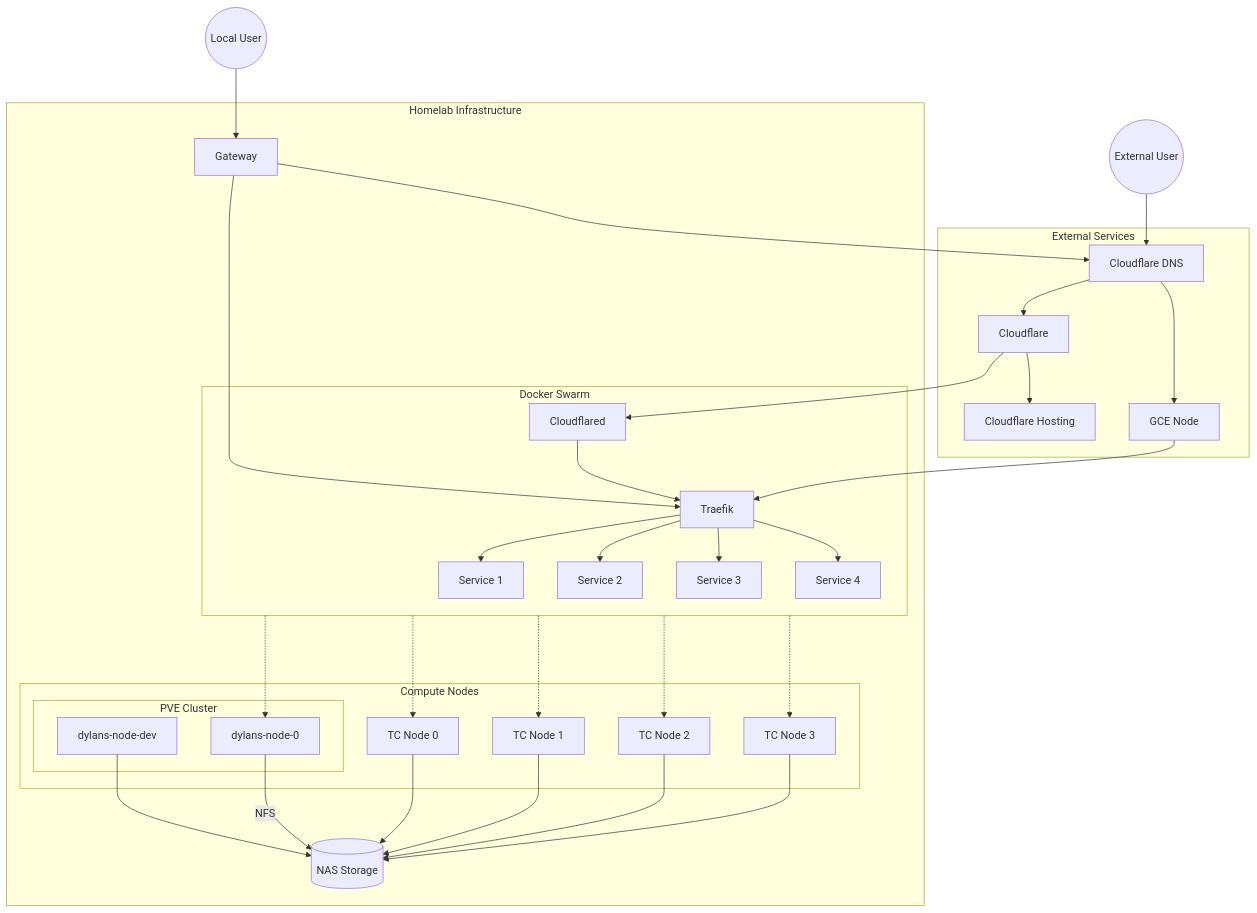
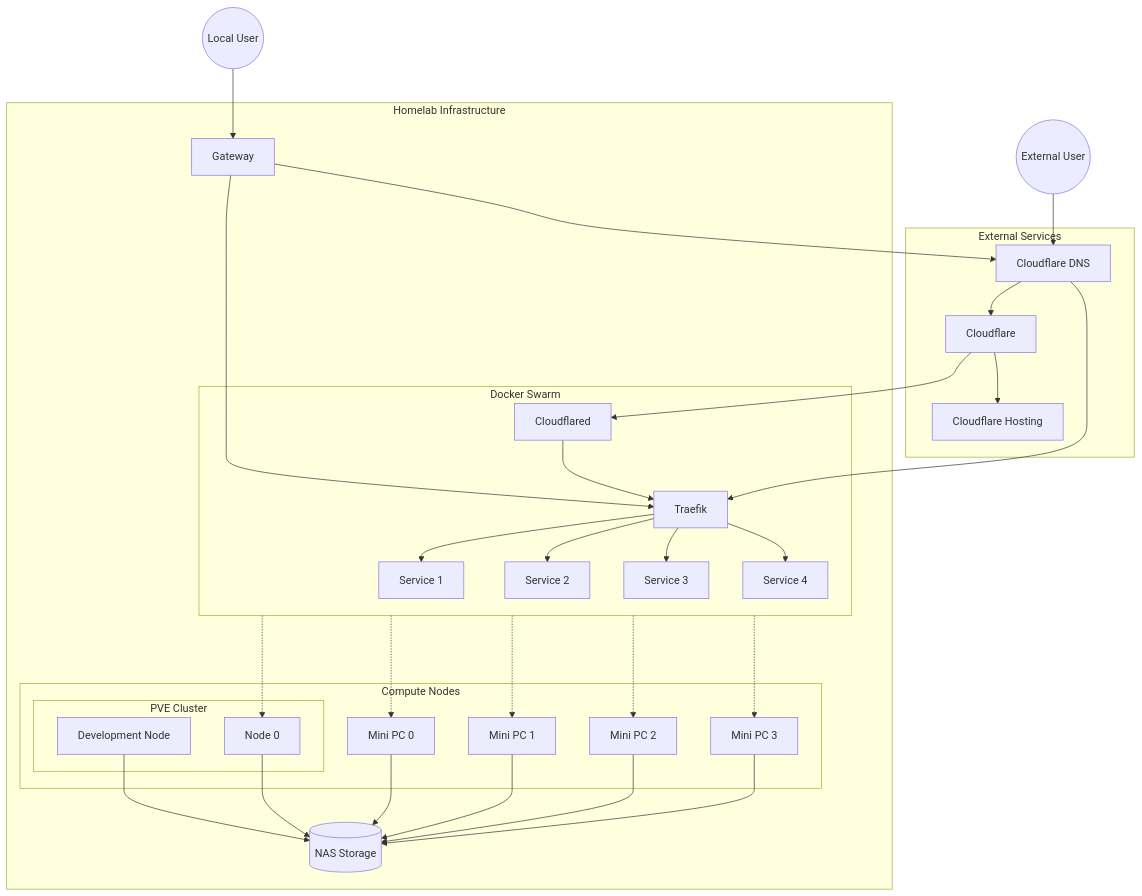
One commit to dbut2/dbut2.github.io changed the second of 2 diagrams in content/blog/homelab-review.md. Above: the diagram before and after it, drawn with Mermaid. The commit also changed other lines of this file, not shown here.

Commit message:
Update content/blog/homelab-review.md (via Pages CMS)

````diff
--- a/content/blog/homelab-review.md
+++ b/content/blog/homelab-review.md
@@ -6,82 +40,55 @@
 ```mermaid
 flowchart TD
-%% User nodes with descriptive shapes
     user((External User))
     local-user((Local User))
 
-%% External services grouping
-    subgraph external-services ["External Services"]
+    subgraph external-services [External Services]
         cloudflare[Cloudflare]
         cloudflare-hosting[Cloudflare Hosting]
         cloudflare-dns[Cloudflare DNS]
-        gce[GCE Node]
     end
 
-%% Homelab main grouping
-    subgraph homelab ["Homelab Infrastructure"]
-    %% Compute nodes section
-        subgraph compute-nodes ["Compute Nodes"]
-        %% PVE cluster (VM-based compute)
-            subgraph pve ["PVE Cluster"]
-                dev["dylans-node-dev"]
-                node0["dylans-node-0"]
+    subgraph homelab [Homelab Infrastructure]
+        subgraph compute-nodes [Compute Nodes]
+            subgraph pve [PVE Cluster]
+                dev[Development Node]
+                node0[Node 0]
             end
 
-        %% TC nodes (bare metal compute)
-            tc0[TC Node 0]
-            tc1[TC Node 1]
-            tc2[TC Node 2]
-            tc3[TC Node 3]
+            tc0[Mini PC 0]
+            tc1[Mini PC 1]
+            tc2[Mini PC 2]
+            tc3[Mini PC 3]
         end
 
-    %% Storage
-        nas[("NAS Storage")]
+        nas[(NAS Storage)]
 
-    %% Gateway
         gateway[Gateway]
 
-    %% Docker Swarm
-        subgraph swarm ["Docker Swarm"]
-        %% Services users interact with
+        subgraph swarm [Docker Swarm]
             service-1[Service 1]
             service-2[Service 2]
             service-3[Service 3]
             service-4[Service 4]
 
-        %% Infrastructure services
             cloudflared[Cloudflared]
             traefik[Traefik]
         end
     end
 
-%% External connections
     local-user --> gateway
     gateway --> cloudflare-dns
     gateway --> traefik
 
     user --> cloudflare-dns
     cloudflare-dns --> cloudflare
     cloudflare --> cloudflared
     cloudflared --> traefik
     cloudflare --> cloudflare-hosting
 
-    cloudflare-dns --> gce
-    gce --> traefik
+    cloudflare-dns --> traefik
 
-%% Visual representation showing any service can run on any compute node
+    traefik --> service-1 & service-2 & service-3 & service-4
     swarm -..-> node0 & tc0 & tc1 & tc2 & tc3
-
-%% NFS connections
-    dev --> nas
-    node0 --NFS--> nas
-    tc0 --> nas
-    tc1 --> nas
-    tc2 --> nas
-    tc3 --> nas
-
-%% Traefik routing
-    traefik --> service-1
-    traefik --> service-2
-    traefik --> service-3
-    traefik --> service-4
+    dev & node0 & tc0 & tc1 & tc2 & tc3 --> nas
 ```
````
